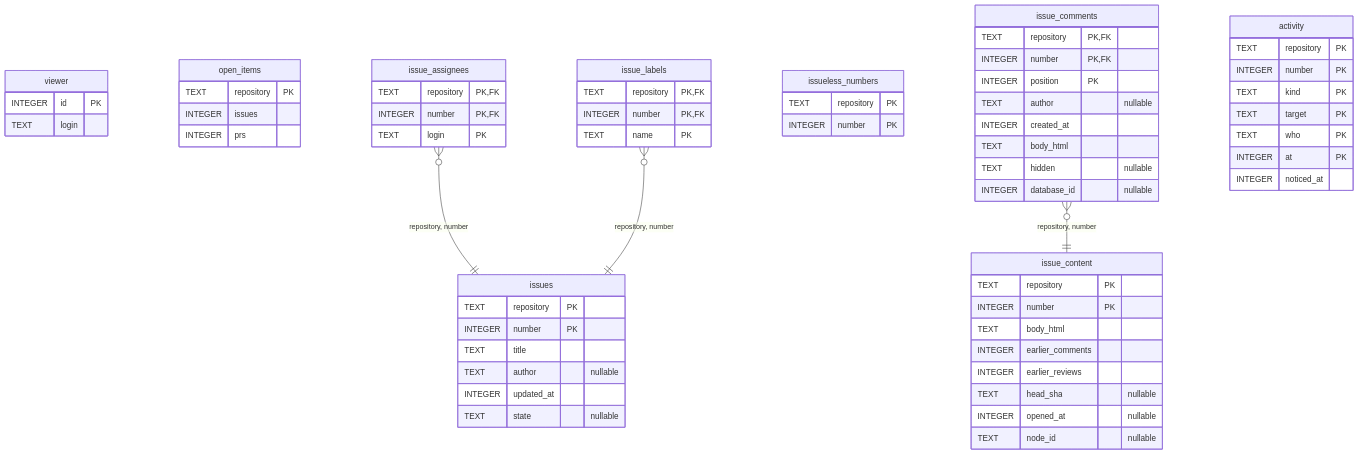
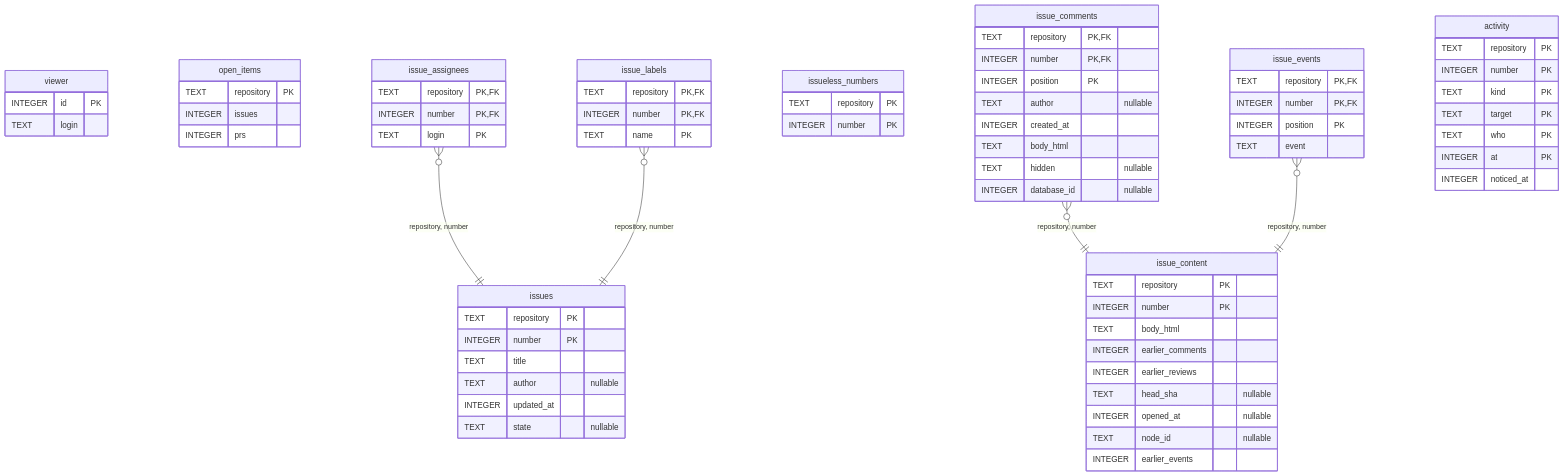
Before and after one commit to tsugiki/tsugiki: the second of 4 diagrams in docs/schema.md, drawn with Mermaid. The commit also changed 30 other files, not shown here.

First line of the commit message:
Show an Issue's events in the Issue view (#1138)

````diff
--- a/docs/schema.md
+++ b/docs/schema.md
@@ -187,66 +187,74 @@
 ```mermaid
 erDiagram
     viewer {
         INTEGER id PK
         TEXT login
     }
     open_items {
         TEXT repository PK
         INTEGER issues
         INTEGER prs
     }
     issues {
         TEXT repository PK
         INTEGER number PK
         TEXT title
         TEXT author "nullable"
         INTEGER updated_at
         TEXT state "nullable"
     }
     issue_assignees {
         TEXT repository PK, FK
         INTEGER number PK, FK
         TEXT login PK
     }
     issue_labels {
         TEXT repository PK, FK
         INTEGER number PK, FK
         TEXT name PK
     }
     issueless_numbers {
         TEXT repository PK
         INTEGER number PK
     }
     issue_content {
         TEXT repository PK
         INTEGER number PK
         TEXT body_html
         INTEGER earlier_comments
         INTEGER earlier_reviews
         TEXT head_sha "nullable"
         INTEGER opened_at "nullable"
         TEXT node_id "nullable"
+        INTEGER earlier_events
     }
     issue_comments {
         TEXT repository PK, FK
         INTEGER number PK, FK
         INTEGER position PK
         TEXT author "nullable"
         INTEGER created_at
         TEXT body_html
         TEXT hidden "nullable"
         INTEGER database_id "nullable"
+    }
+    issue_events {
+        TEXT repository PK, FK
+        INTEGER number PK, FK
+        INTEGER position PK
+        TEXT event
     }
     activity {
         TEXT repository PK
         INTEGER number PK
         TEXT kind PK
         TEXT target PK
         TEXT who PK
         INTEGER at PK
         INTEGER noticed_at
     }
     issue_assignees }o--|| issues : "repository, number"
     issue_labels }o--|| issues : "repository, number"
     issue_comments }o--|| issue_content : "repository, number"
+    issue_events }o--|| issue_content : "repository, number"
 ```
````
